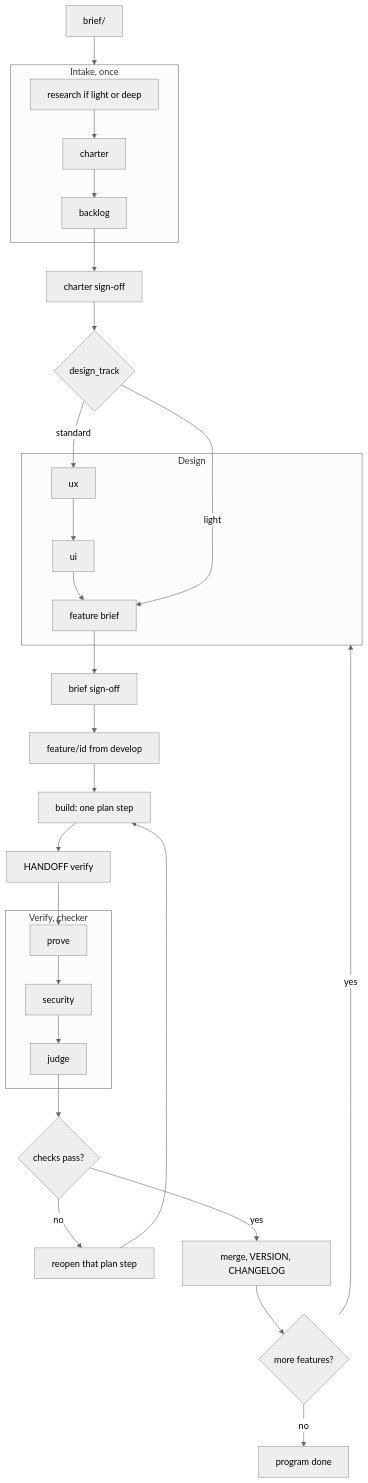
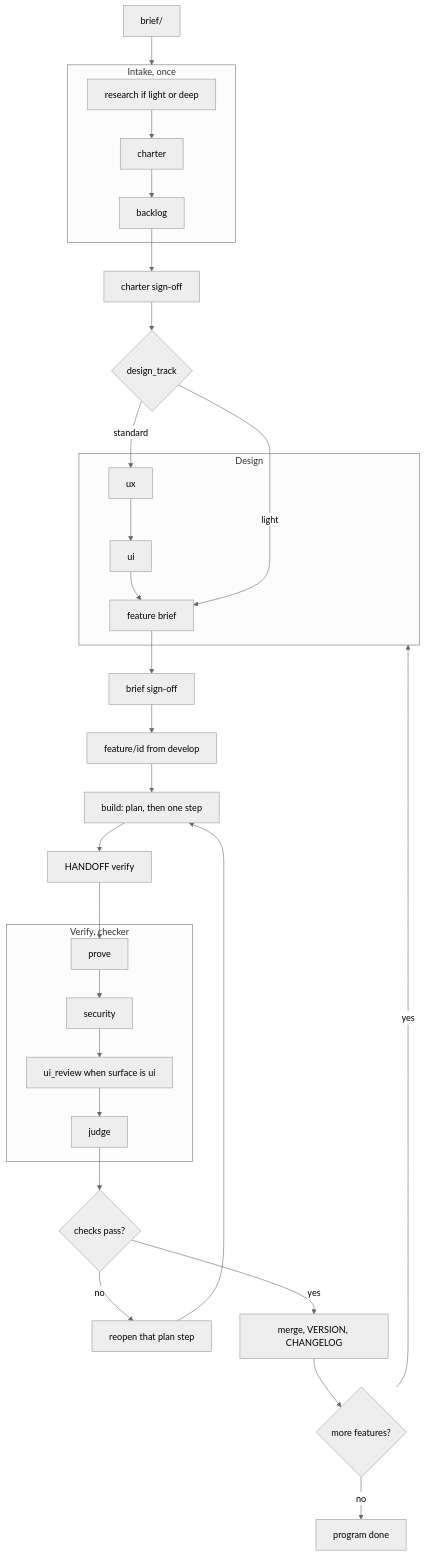
Before and after one commit to AlessandroAnnini/agentic-loop-prime: the third of 5 diagrams in docs/how-it-works.md, drawn with Mermaid (neutral theme). The commit also changed other lines of this file and 18 other files, not shown here.

````diff
--- a/docs/how-it-works.md
+++ b/docs/how-it-works.md
@@ -56,44 +56,44 @@
 ```mermaid
 flowchart TD
   briefFolder["brief/"] --> intake
 
   subgraph intake ["Intake, once"]
     research["research  if light or deep"]
     charter["charter"]
     backlog["backlog"]
     research --> charter --> backlog
   end
 
   backlog --> charterSign["charter sign-off"]
   charterSign --> track{"design_track"}
 
   subgraph design ["Design"]
     ux["ux"]
     ui["ui"]
     fbrief["feature brief"]
     ux --> ui --> fbrief
   end
 
   track -->|standard| ux
   track -->|light| fbrief
   fbrief --> briefSign["brief sign-off"]
   briefSign --> branch["feature/id from develop"]
-  branch --> build["build: one plan step"]
+  branch --> build["build: plan, then one step"]
   build --> handoff["HANDOFF verify"]
 
   subgraph verify ["Verify, checker"]
     prove["prove"]
     security["security"]
     judge["judge"]
-    prove --> security --> judge
+    prove --> security --> uiReview["ui_review when surface is ui"] --> judge
   end
 
   handoff --> prove
   judge --> ok{"checks pass?"}
   ok -->|no| reopen["reopen that plan step"]
   reopen --> build
   ok -->|yes| ship["merge, VERSION, CHANGELOG"]
   ship --> more{"more features?"}
   more -->|yes| design
   more -->|no| done["program done"]
 ```
````
